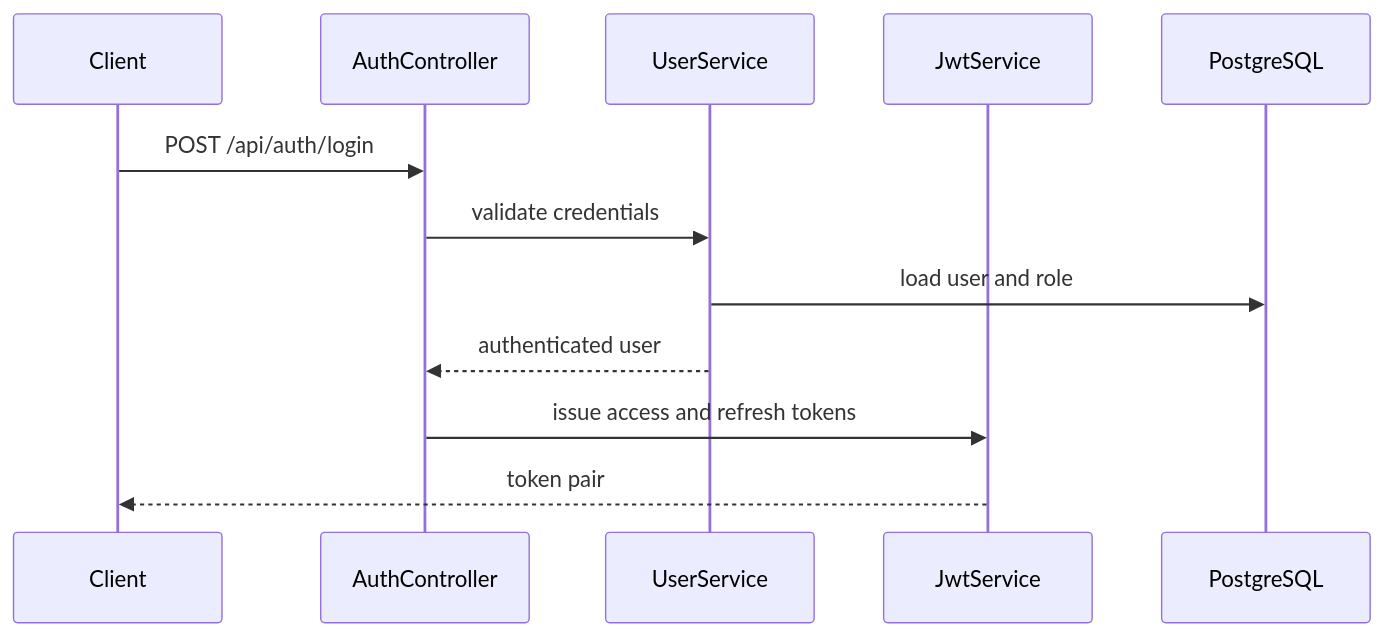
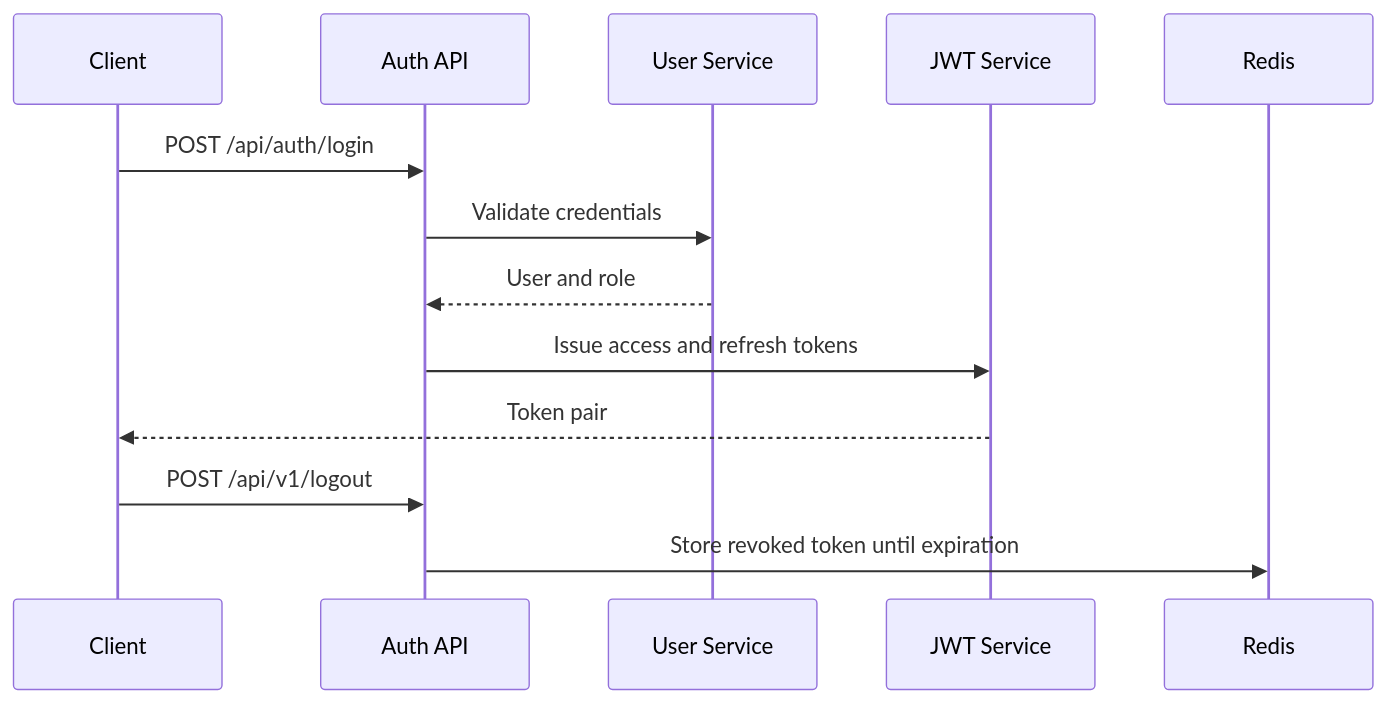
Before and after one commit to Team-4185/phone-shop: the second of 4 diagrams in docs/ARCHITECTURE.md, drawn with Mermaid. The commit also changed other lines of this file and 244 other files, not shown here.

````diff
--- a/docs/ARCHITECTURE.md
+++ b/docs/ARCHITECTURE.md
@@ -82,15 +47,16 @@
 ```mermaid
 sequenceDiagram
     participant Client
-    participant API as AuthController
-    participant Users as UserService
-    participant JWT as JwtService
-    participant DB as PostgreSQL
+    participant API as Auth API
+    participant Users as User Service
+    participant JWT as JWT Service
+    participant Redis
 
     Client->>API: POST /api/auth/login
-    API->>Users: validate credentials
-    Users->>DB: load user and role
-    Users-->>API: authenticated user
-    API->>JWT: issue access and refresh tokens
-    JWT-->>Client: token pair
+    API->>Users: Validate credentials
+    Users-->>API: User and role
+    API->>JWT: Issue access and refresh tokens
+    JWT-->>Client: Token pair
+    Client->>API: POST /api/v1/logout
+    API->>Redis: Store revoked token until expiration
 ```
````
